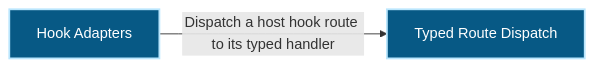
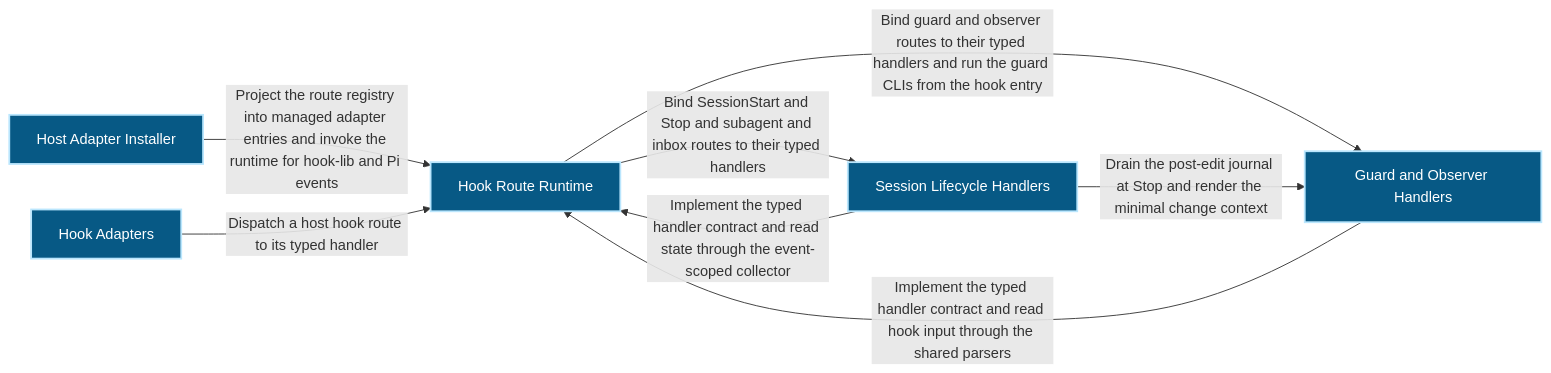
The first of 4 diagrams in docs/architecture/modules/runtime-harness/hook-adapters.md (Ancienttwo/repo-harness), drawn with Mermaid before and after one commit. The commit also changed other lines of this file and 65 other files, not shown here.

````diff
--- a/docs/architecture/modules/runtime-harness/hook-adapters.md
+++ b/docs/architecture/modules/runtime-harness/hook-adapters.md
@@ -15,10 +15,19 @@
 ```mermaid
 flowchart LR
   p1_capability_runtime_harness_hook_adapters_75a11743["Hook Adapters"]:::component
-  p1_component_hook_adapters_primary_1659ffb9["Typed Route Dispatch"]:::component
+  p1_component_hook_adapters_edit_guards_019fd22c["Guard and Observer Handlers"]:::component
+  p1_component_hook_adapters_host_installer_cd378e80["Host Adapter Installer"]:::component
+  p1_component_hook_adapters_primary_1659ffb9["Hook Route Runtime"]:::component
+  p1_component_hook_adapters_session_lifecycle_e389d412["Session Lifecycle Handlers"]:::component
+  p1_component_hook_adapters_edit_guards_019fd22c -->|"Implement the typed handler contract and read hook input through the shared parsers"| p1_component_hook_adapters_primary_1659ffb9
+  p1_component_hook_adapters_host_installer_cd378e80 -->|"Project the route registry into managed adapter entries and invoke the runtime for hook-lib and Pi events"| p1_component_hook_adapters_primary_1659ffb9
   p1_capability_runtime_harness_hook_adapters_75a11743 -->|"Dispatch a host hook route to its typed handler"| p1_component_hook_adapters_primary_1659ffb9
+  p1_component_hook_adapters_primary_1659ffb9 -->|"Bind guard and observer routes to their typed handlers and run the guard CLIs from the hook entry"| p1_component_hook_adapters_edit_guards_019fd22c
+  p1_component_hook_adapters_primary_1659ffb9 -->|"Bind SessionStart and Stop and subagent and inbox routes to their typed handlers"| p1_component_hook_adapters_session_lifecycle_e389d412
+  p1_component_hook_adapters_session_lifecycle_e389d412 -->|"Drain the post-edit journal at Stop and render the minimal change context"| p1_component_hook_adapters_edit_guards_019fd22c
+  p1_component_hook_adapters_session_lifecycle_e389d412 -->|"Implement the typed handler contract and read state through the event-scoped collector"| p1_component_hook_adapters_primary_1659ffb9
   classDef actor fill:#111827,color:#ffffff,stroke:#f9fafb,stroke-width:2px
   classDef component fill:#075985,color:#ffffff,stroke:#bae6fd,stroke-width:2px
   classDef datastore fill:#3f6212,color:#ffffff,stroke:#d9f99d,stroke-width:2px
   classDef external fill:#7c2d12,color:#ffffff,stroke:#fed7aa,stroke-width:2px
 ```
````
